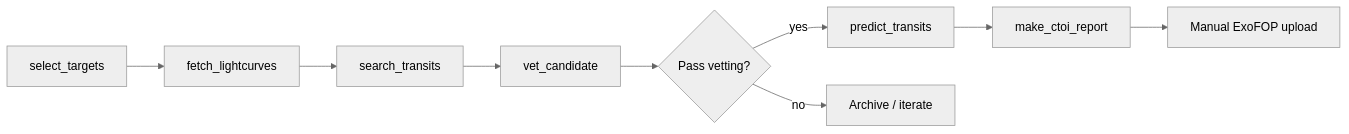
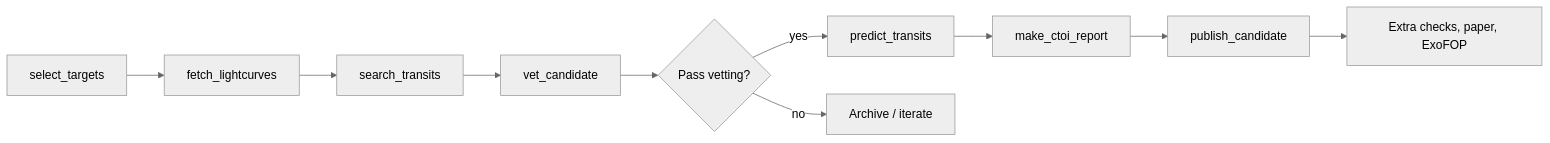
The diagram in SKILL.md (romit07/exoplanet-hunter), drawn with Mermaid (neutral theme) before and after one commit. The commit also changed other lines of this file and 6 other files, not shown here.

````diff
--- a/SKILL.md
+++ b/SKILL.md
@@ -7,11 +7,12 @@
 ```mermaid
 flowchart LR
   A[select_targets] --> B[fetch_lightcurves]
   B --> C[search_transits]
   C --> D[vet_candidate]
   D --> E{Pass vetting?}
   E -->|yes| F[predict_transits]
   F --> G[make_ctoi_report]
-  G --> H[Manual ExoFOP upload]
+  G --> P[publish_candidate]
+  P --> H[Extra checks, paper, ExoFOP]
   E -->|no| Z[Archive / iterate]
 ```
````
